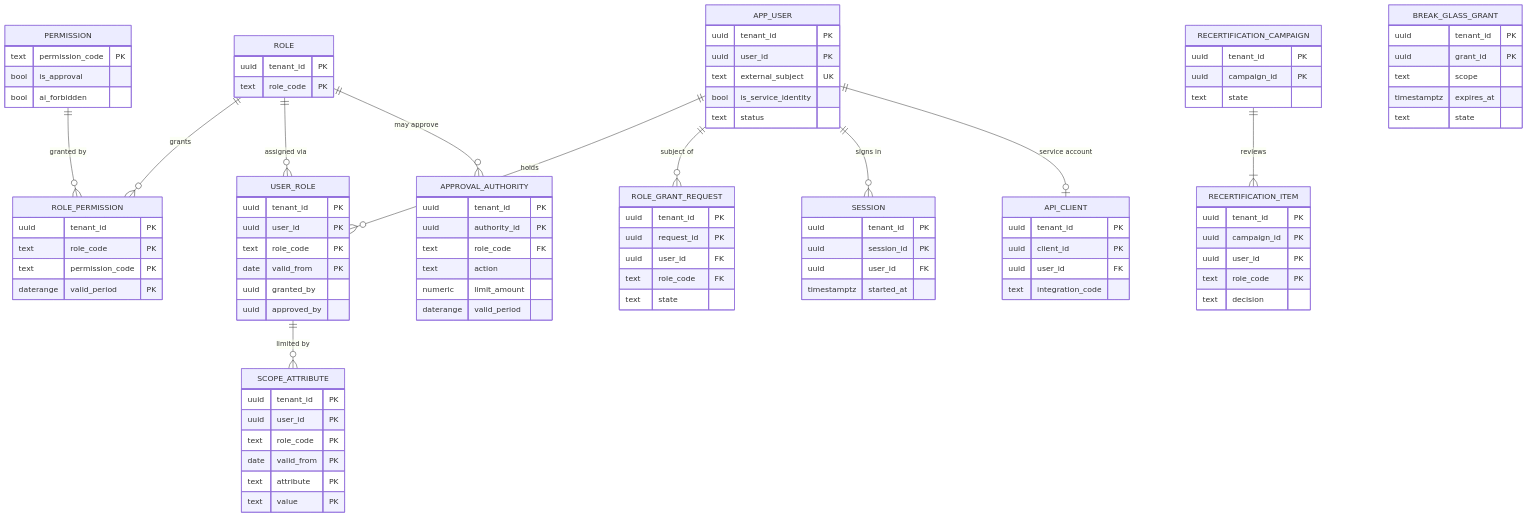
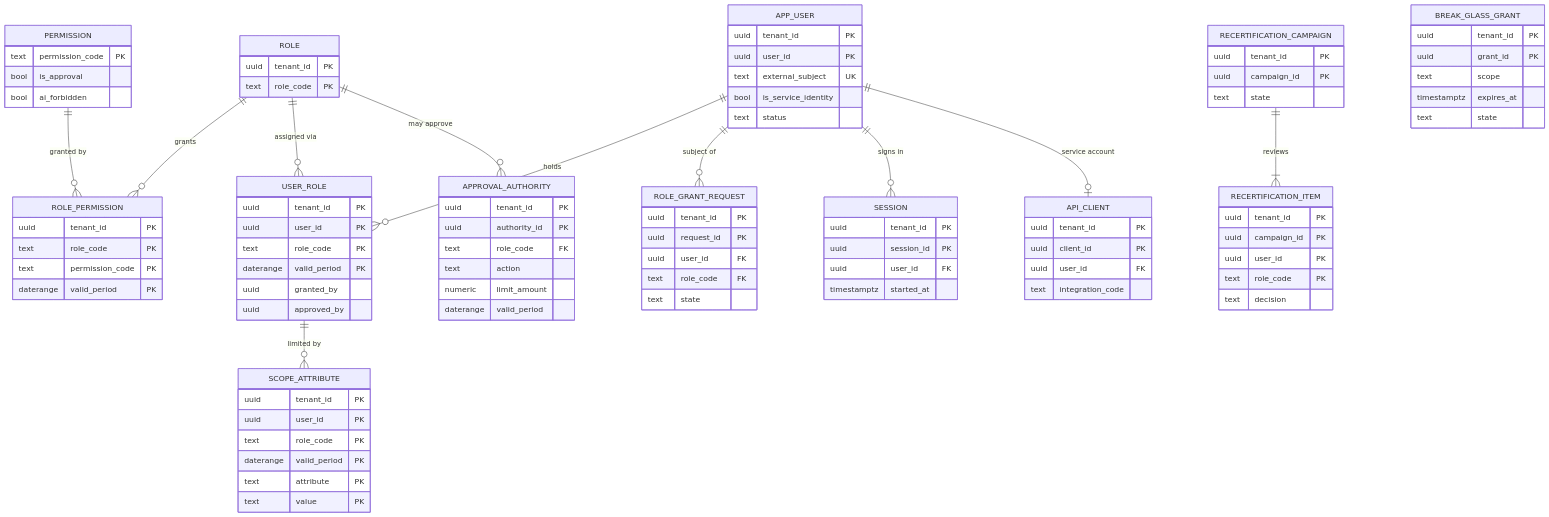
The second of 3 diagrams in architecture/erds/D01_platform_identity_audit.md (suchitdubey7/AMC-OS), drawn with Mermaid before and after one commit. The commit also changed other lines of this file and 19 other files, not shown here.

```diff
--- a/architecture/erds/D01_platform_identity_audit.md
+++ b/architecture/erds/D01_platform_identity_audit.md
@@ -159,7 +159,7 @@
     uuid tenant_id PK
     uuid user_id PK
     text role_code PK
-    date valid_from PK
+    daterange valid_period PK
     uuid granted_by
     uuid approved_by
   }
@@ -167,7 +167,7 @@
     uuid tenant_id PK
     uuid user_id PK
     text role_code PK
-    date valid_from PK
+    daterange valid_period PK
     text attribute PK
     text value PK
   }
```
